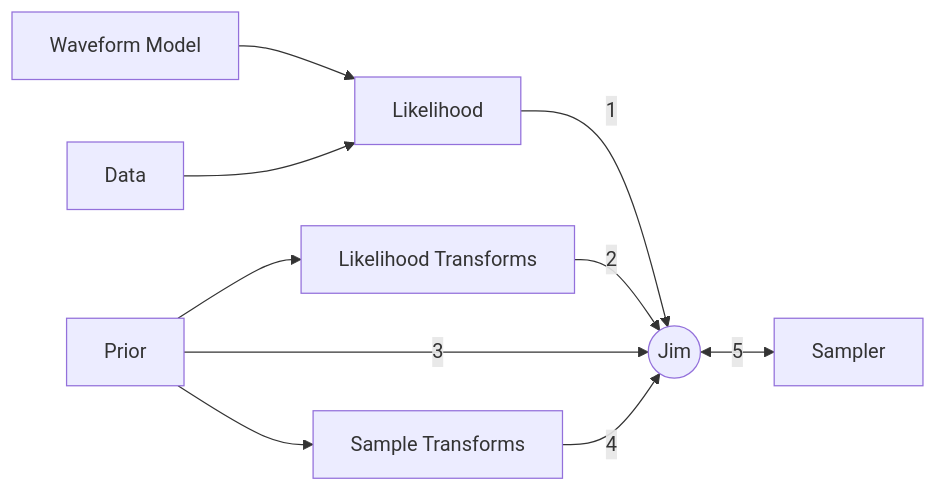
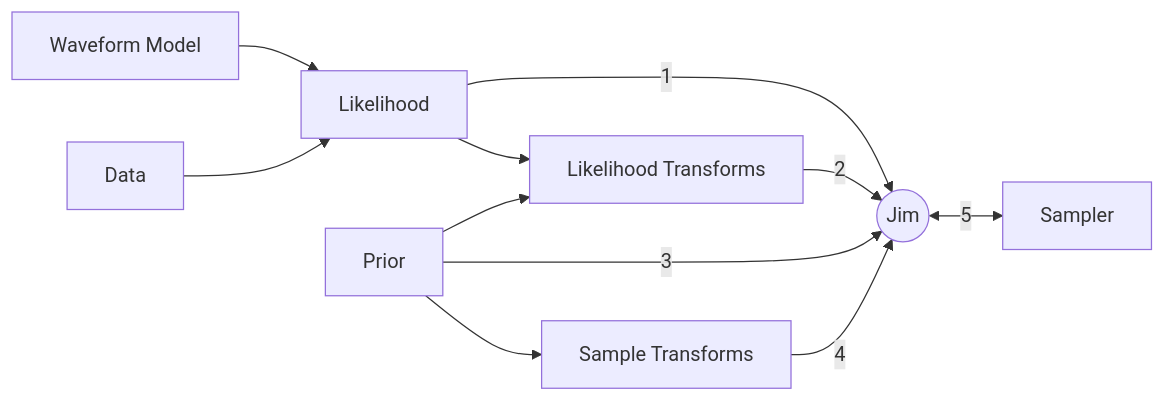
One commit to GW-JAX-Team/jim changed the diagram in docs/quickstart.md. Above: the diagram before and after it, drawn with Mermaid.

Commit message:
Fix flowchart connections in quickstart documentation

````diff
--- a/docs/quickstart.md
+++ b/docs/quickstart.md
@@ -9,11 +9,12 @@
 ```mermaid
 flowchart LR
     WM[Waveform Model] & D[Data] --> L[Likelihood]
     L -- 1 --> J((Jim))
-    P[Prior] --> LT[Likelihood Transforms]
+    L --> LT[Likelihood Transforms]
+    P[Prior] --> LT
     LT -- 2 --> J
     P -- 3 --> J
     P --> ST[Sample Transforms]
     ST -- 4 --> J
     J <-- 5 --> S[Sampler]
 ```
````
